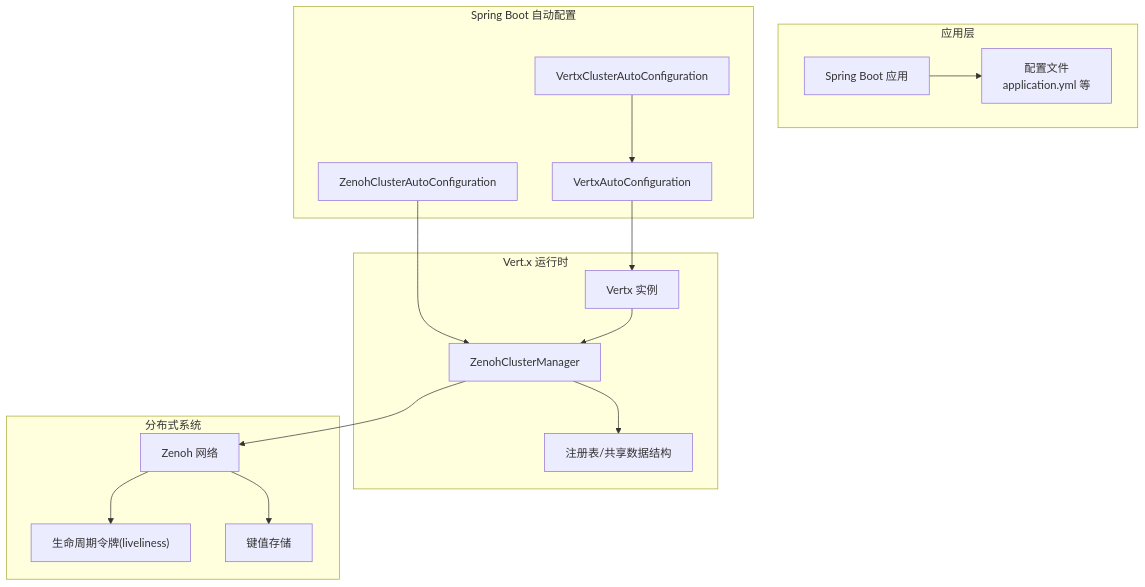
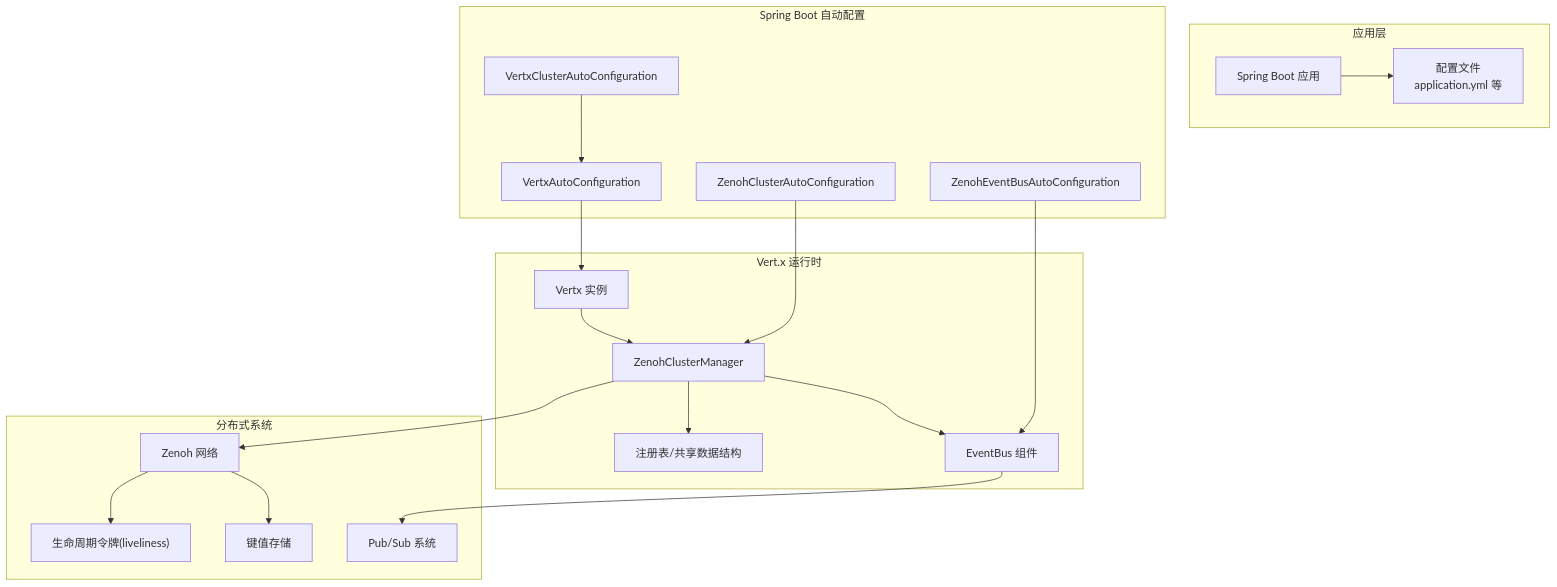
Before and after one commit to ossworker/vertx-starter: the second of 8 diagrams in .qoder/repowiki/zh/content/集群管理模块/集群管理器实现.md, drawn with Mermaid. The commit also changed other lines of this file and 7 other files, not shown here.

````diff
--- a/.qoder/repowiki/zh/content/集群管理模块/集群管理器实现.md
+++ b/.qoder/repowiki/zh/content/集群管理模块/集群管理器实现.md
@@ -116,31 +167,37 @@
 ```mermaid
 graph TB
 subgraph "应用层"
 APP["Spring Boot 应用"]
 CFG["配置文件<br/>application.yml 等"]
 end
 subgraph "Spring Boot 自动配置"
 ZCA["ZenohClusterAutoConfiguration"]
+ZEA["ZenohEventBusAutoConfiguration"]
 VCA["VertxClusterAutoConfiguration"]
 VAU["VertxAutoConfiguration"]
 end
 subgraph "Vert.x 运行时"
 VTX["Vertx 实例"]
 ZCM["ZenohClusterManager"]
 REG["注册表/共享数据结构"]
+EBC["EventBus 组件"]
 end
 subgraph "分布式系统"
 ZNH["Zenoh 网络"]
 LVL["生命周期令牌(liveliness)"]
 KVS["键值存储"]
+PUB["Pub/Sub 系统"]
 end
 APP --> CFG
 ZCA --> ZCM
+ZEA --> EBC
 VCA --> VAU
 VAU --> VTX
 VTX --> ZCM
 ZCM --> REG
+ZCM --> EBC
 ZCM --> ZNH
+EBC --> PUB
 ZNH --> LVL
 ZNH --> KVS
 ```
````
